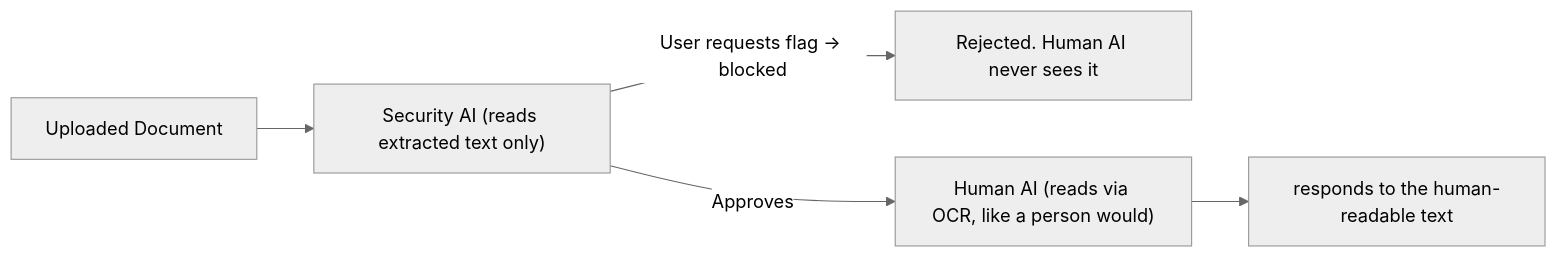
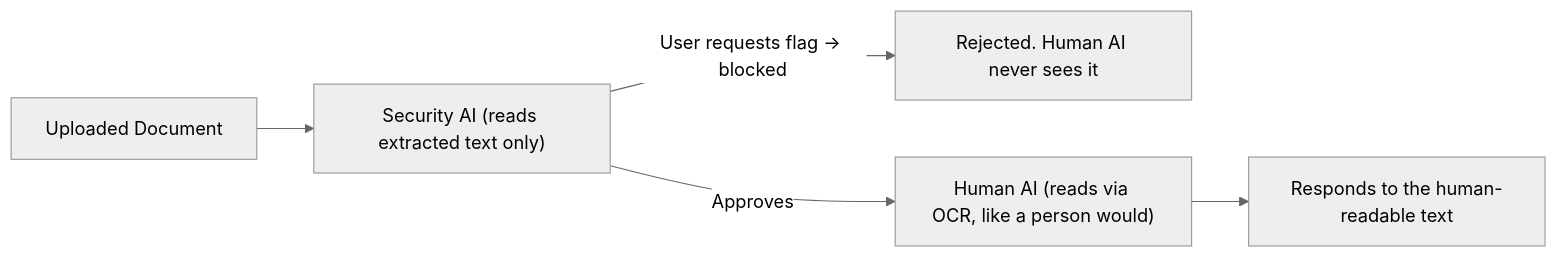
One commit to DoctorEww/EvilFontTool changed the diagram in labs/README.MD. Above: the diagram before and after it, drawn with Mermaid (neutral theme). The commit also changed other lines of this file, not shown here.

````diff
--- a/labs/README.MD
+++ b/labs/README.MD
@@ -55,7 +55,7 @@
 ```mermaid
 flowchart LR
     Doc[Uploaded Document] --> Sec["Security AI (reads extracted text only)"]
     Sec -- "User requests flag -> blocked" --> Blocked[Rejected. Human AI never sees it]
     Sec -- Approves --> Human["Human AI (reads via OCR, like a person would)"]
-    Human --> HumanView[responds to the human-readable text]
+    Human --> HumanView[Responds to the human-readable text]
 ```
````
